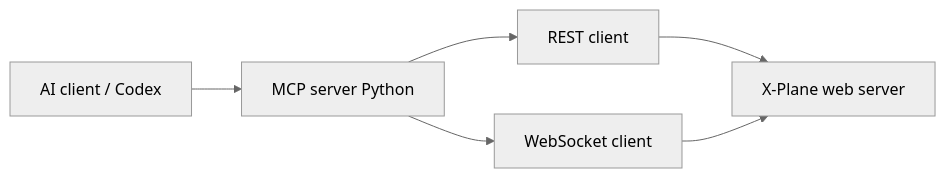
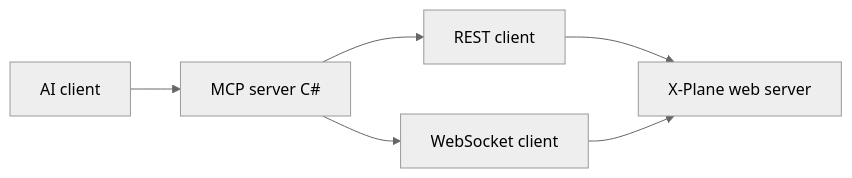
Before and after one commit to gvitzi/xplane-ai-mcp: the diagram in README.md, drawn with Mermaid (neutral theme). The commit also changed other lines of this file and 42 other files, not shown here.

First line of the commit message:
feat(mcp): add C# MCP server and reorganize workspace

````diff
--- a/README.md
+++ b/README.md
@@ -23,8 +109,8 @@
 ```mermaid
 flowchart LR
-  AI[AI client / Codex] --> MCP[MCP server Python]
+  AI[AI client] --> MCP[MCP server C#]
   MCP --> REST[REST client]
   MCP --> WS[WebSocket client]
   REST --> XP[X-Plane web server]
   WS --> XP
 ```
````
